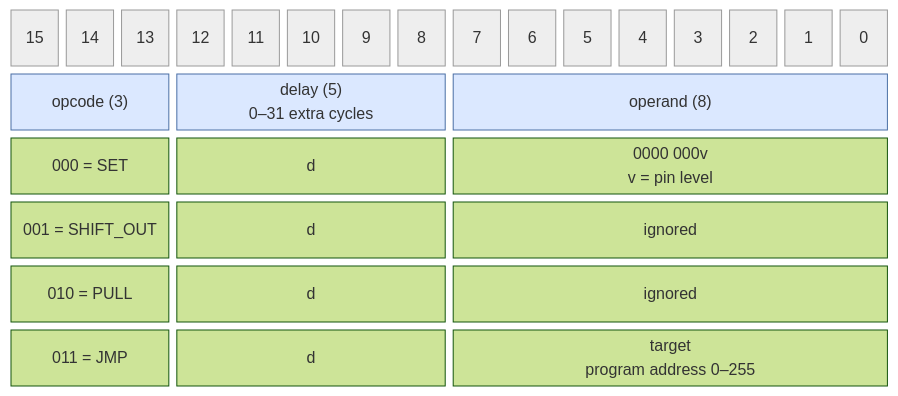
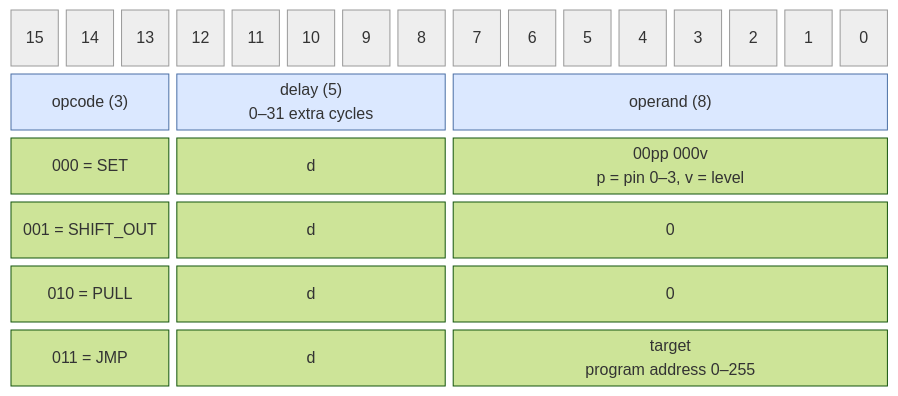
The diagram in docs/isa_encoding.mmd (cshieldsce/smallcore), drawn with Mermaid (forest theme) before and after one commit. The commit also changed 12 other files, not shown here.

Commit message:
update diagrams for gpio pins

```diff
--- a/docs/isa_encoding.mmd
+++ b/docs/isa_encoding.mmd
@@ -1,14 +1,14 @@
 block-beta
   columns 16
   b15["15"] b14["14"] b13["13"] b12["12"] b11["11"] b10["10"] b9["9"] b8["8"]
   b7["7"] b6["6"] b5["5"] b4["4"] b3["3"] b2["2"] b1["1"] b0["0"]
   opcode["opcode (3)"]:3 delay["delay (5)<br/>0–31 extra cycles"]:5 operand["operand (8)"]:8
-  set["000 = SET"]:3 setd["d"]:5 setop["0000 000v<br/>v = pin level"]:8
-  shift["001 = SHIFT_OUT"]:3 shiftd["d"]:5 shiftop["ignored"]:8
-  pull["010 = PULL"]:3 pulld["d"]:5 pullop["ignored"]:8
+  set["000 = SET"]:3 setd["d"]:5 setop["00pp 000v<br/>p = pin 0–3, v = level"]:8
+  shift["001 = SHIFT_OUT"]:3 shiftd["d"]:5 shiftop["0"]:8
+  pull["010 = PULL"]:3 pulld["d"]:5 pullop["0"]:8
   jmp["011 = JMP"]:3 jmpd["d"]:5 jmpop["target<br/>program address 0–255"]:8
 
   classDef hdr fill:#eee,stroke:#999,color:#555
   classDef field fill:#dbe8ff,stroke:#4a6fa5
   class b15,b14,b13,b12,b11,b10,b9,b8,b7,b6,b5,b4,b3,b2,b1,b0 hdr
   class opcode,delay,operand field
```
